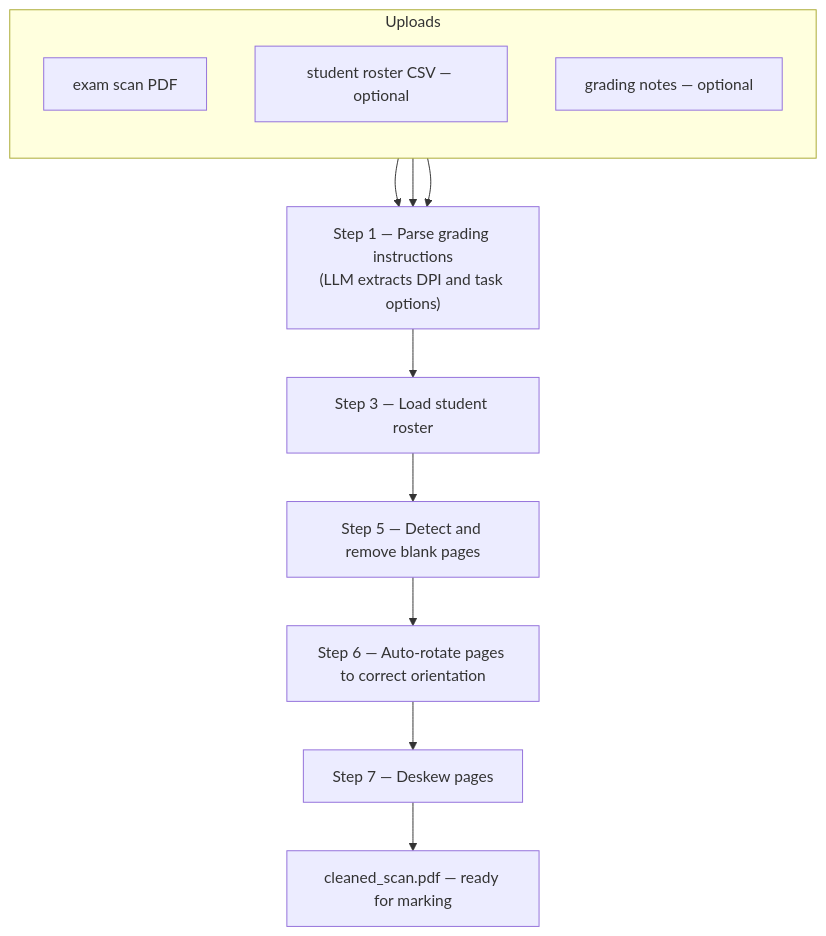
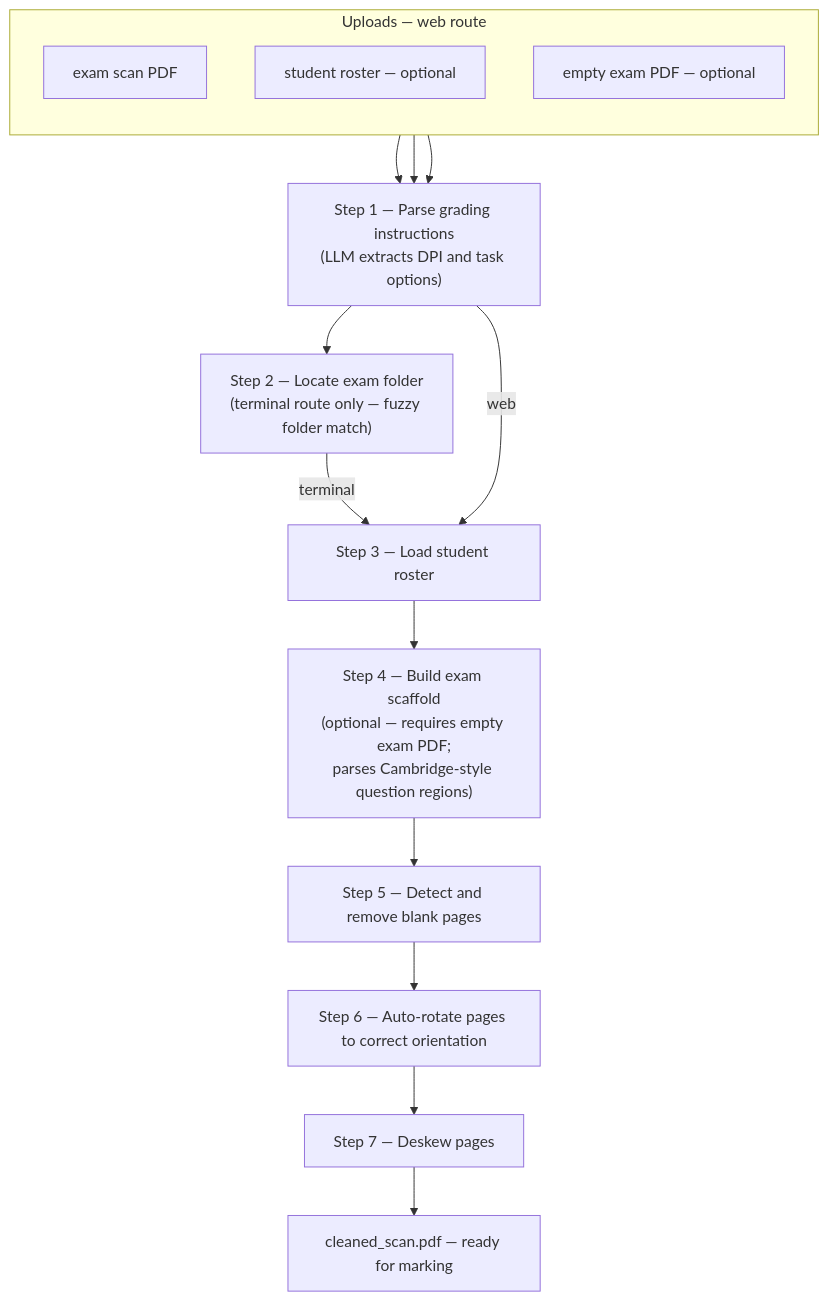
Before and after one commit to JoschkaKoen/IGCSE-Exercise-Sheet-Generator-1: the second of 2 diagrams in README.md, drawn with Mermaid. The commit also changed other lines of this file and 4 other files, not shown here.

First line of the commit message:
Grade pipeline step 4: exam scaffold; Question.page; README flowchart

````diff
--- a/README.md
+++ b/README.md
@@ -83,19 +83,24 @@
 ```mermaid
 flowchart TD
-    subgraph uploads [Uploads]
+    subgraph uploads [Uploads — web route]
         direction TB
         u1[exam scan PDF]
-        u2[student roster CSV — optional]
-        u3[grading notes — optional]
+        u2[student roster — optional]
+        u3[empty exam PDF — optional]
     end
 
     s1["Step 1 — Parse grading instructions\n(LLM extracts DPI and task options)"]
+    s2["Step 2 — Locate exam folder\n(terminal route only — fuzzy folder match)"]
     s3["Step 3 — Load student roster"]
+    s4["Step 4 — Build exam scaffold\n(optional — requires empty exam PDF;\nparses Cambridge-style question regions)"]
     s5["Step 5 — Detect and remove blank pages"]
     s6["Step 6 — Auto-rotate pages to correct orientation"]
     s7["Step 7 — Deskew pages"]
     out[cleaned_scan.pdf — ready for marking]
 
     u1 & u2 & u3 --> s1
-    s1 --> s3 --> s5 --> s6 --> s7 --> out
+    s1 --> s2
+    s2 -->|terminal| s3
+    s1 -->|web| s3
+    s3 --> s4 --> s5 --> s6 --> s7 --> out
 ```
````
